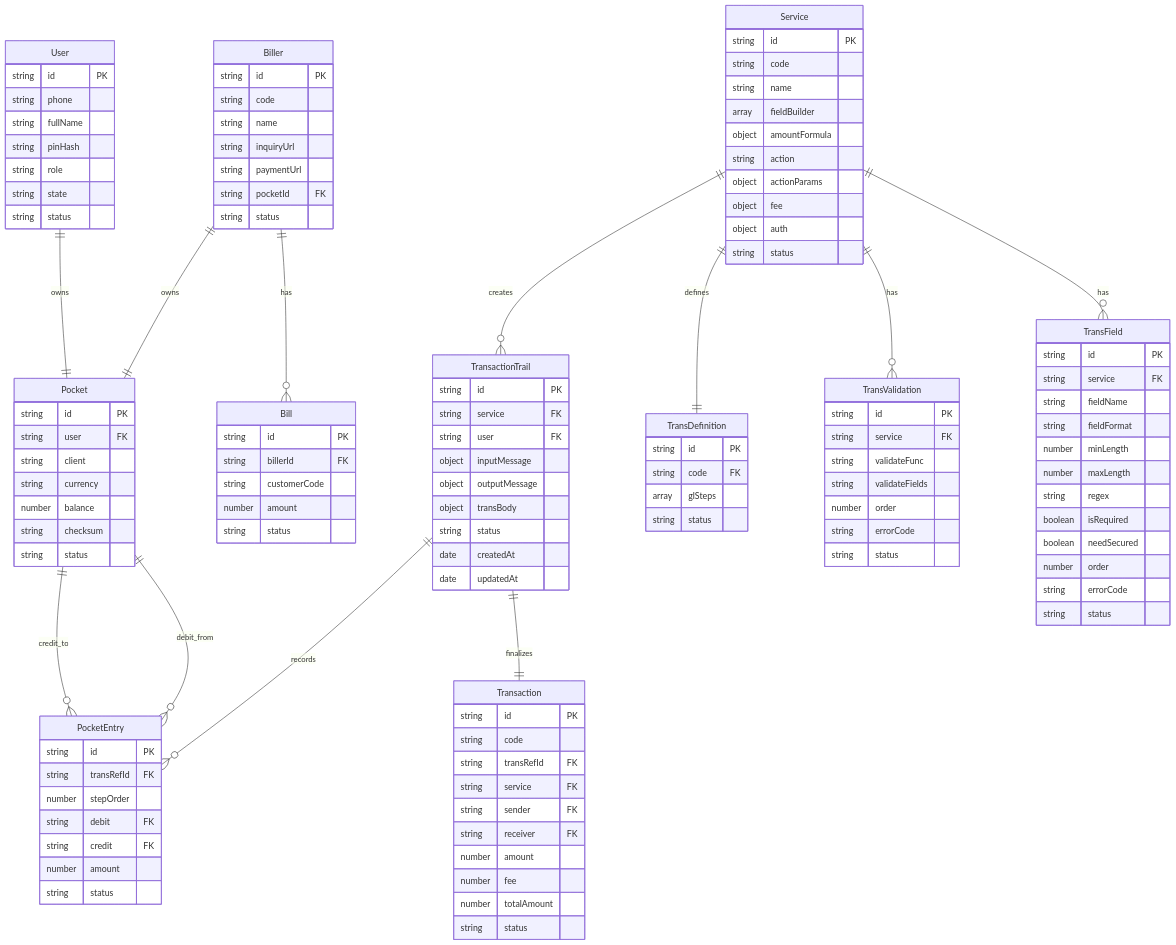
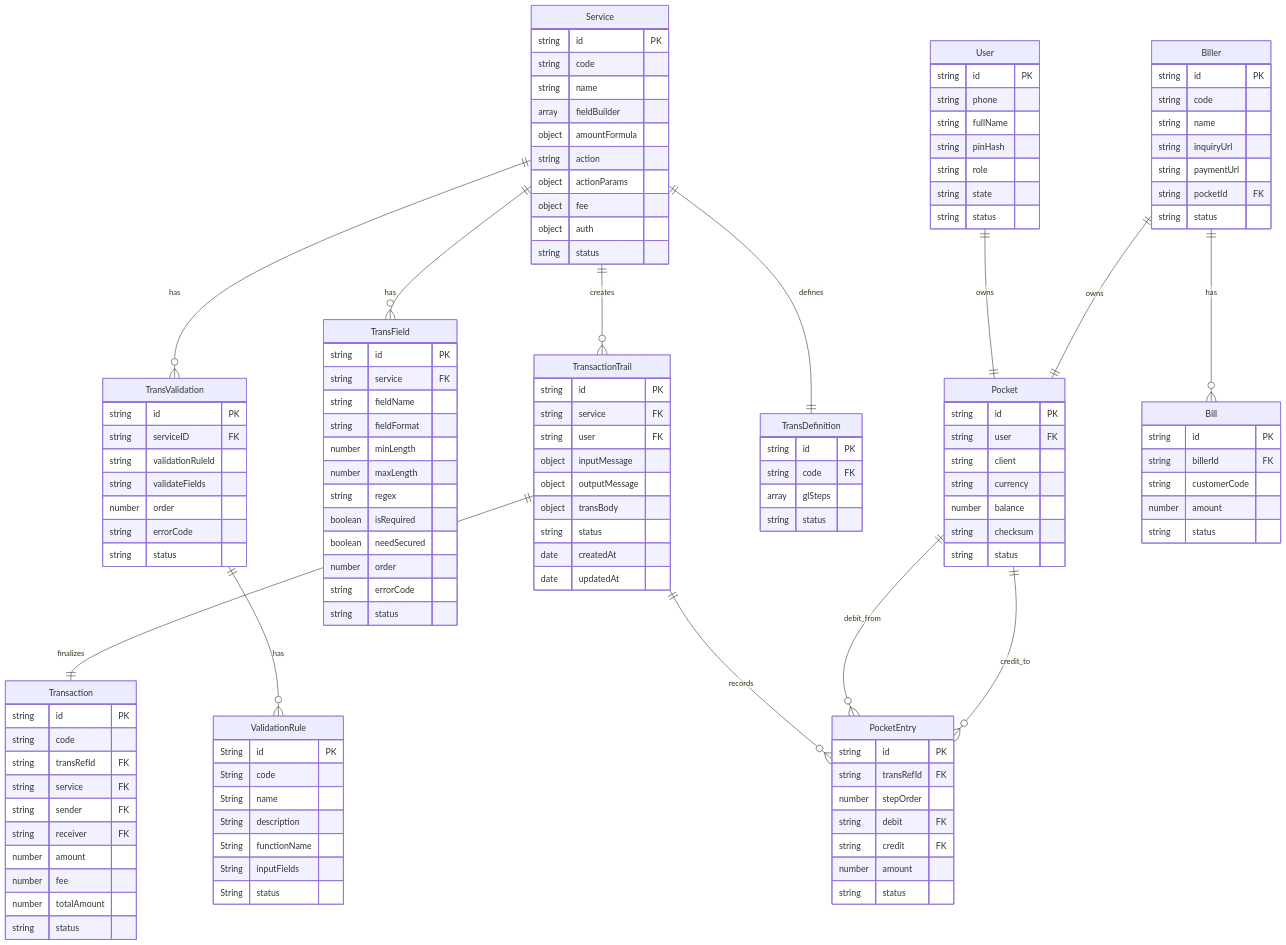
The diagram in docs/ERD+data_dictionary/ERD.md (nvha3103/MiniWalletWeek2), drawn with Mermaid before and after one commit. The commit also changed 1 other file, not shown here.

Commit message:
add Validation Library

```diff
--- a/docs/ERD+data_dictionary/ERD.md
+++ b/docs/ERD+data_dictionary/ERD.md
@@ -9,6 +9,8 @@
     Service ||--o{ TransValidation : has
     Service ||--|| TransDefinition : defines
     Service ||--o{ TransactionTrail : creates
+    
+    TransValidation ||--o{ ValidationRule : has
 
     TransactionTrail ||--|| Transaction : finalizes
     TransactionTrail ||--o{ PocketEntry : records
@@ -69,13 +71,24 @@
 
     TransValidation {
         string id PK
-        string service FK
-        string validateFunc
+        string serviceID FK
+        string validationRuleId
         string validateFields
         number order
         string errorCode
         string status
     }
+
+    ValidationRule {
+        String id PK
+        String code
+        String name
+        String description
+        String functionName
+        String inputFields
+        String status
+    }
+
 
     TransDefinition {
         string id PK
```
